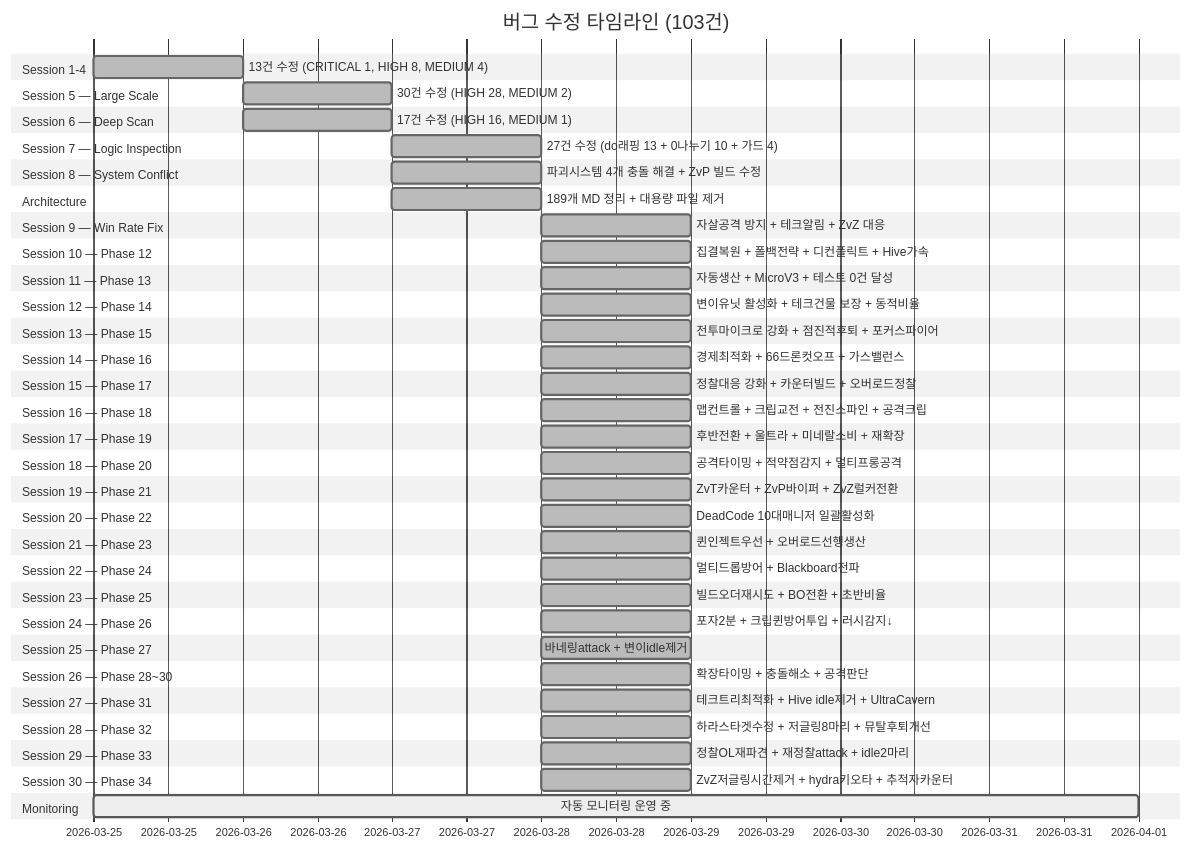
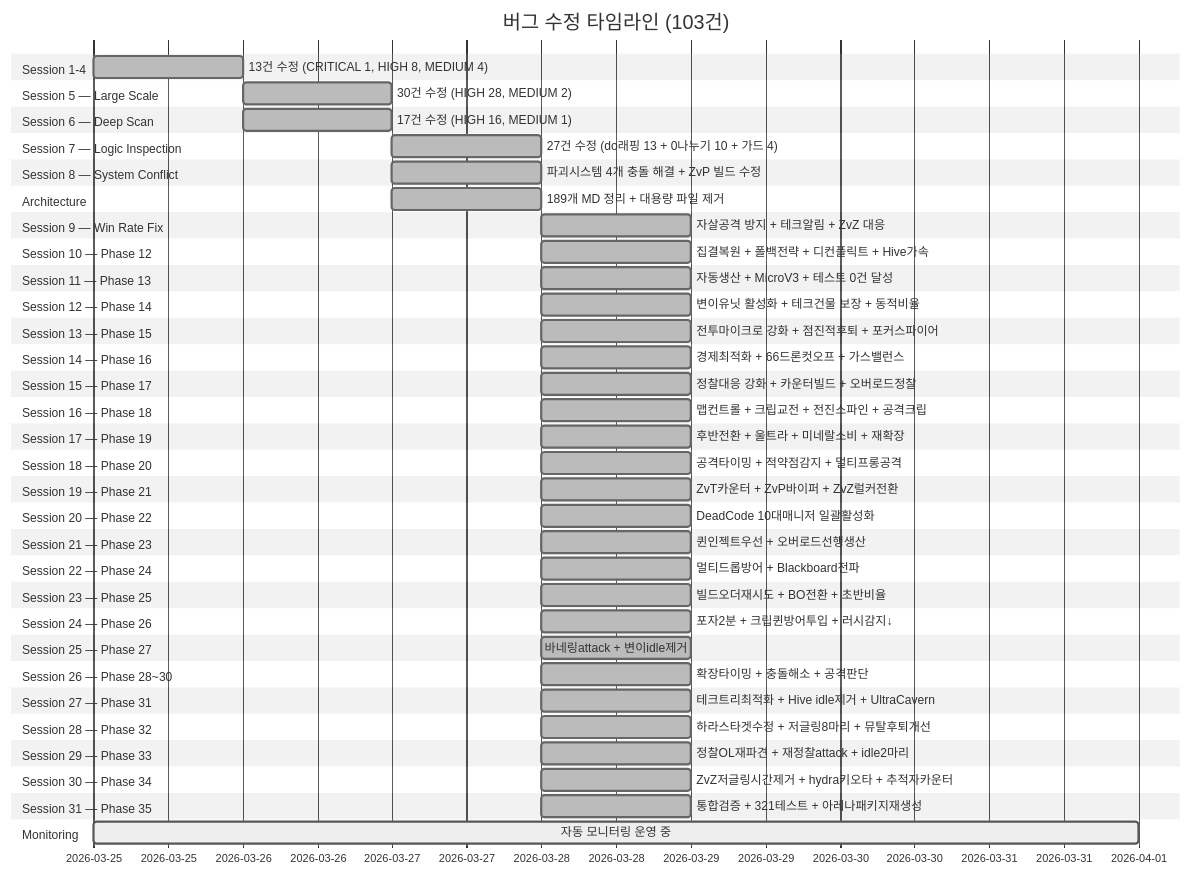
Diagram 23 of 31 in README.md (sun475300-sudo/Swarm-control-in-sc2bot), drawn with Mermaid (neutral theme) before and after one commit. The commit also changed other lines of this file and 1 other file, not shown here.

Commit message:
feat: Phase 35 통합검증 + 아레나패키지재생성 — 321 tests pass, ZIP 491files/15.2MB

````diff
--- a/README.md
+++ b/README.md
@@ -633,63 +633,65 @@
 ```mermaid
 gantt
     title 버그 수정 타임라인 (103건)
     dateFormat YYYY-MM-DD
     section Session 1-4
         13건 수정 (CRITICAL 1, HIGH 8, MEDIUM 4)   :done, s1, 2026-03-25, 1d
     section Session 5 — Large Scale
         30건 수정 (HIGH 28, MEDIUM 2)              :done, s5, 2026-03-26, 1d
     section Session 6 — Deep Scan
         17건 수정 (HIGH 16, MEDIUM 1)              :done, s6, 2026-03-26, 1d
     section Session 7 — Logic Inspection
         27건 수정 (do래핑 13 + 0나누기 10 + 가드 4) :done, s7, 2026-03-27, 1d
     section Session 8 — System Conflict
         파괴시스템 4개 충돌 해결 + ZvP 빌드 수정    :done, s8, 2026-03-27, 1d
     section Architecture
         189개 MD 정리 + 대용량 파일 제거            :done, s9, 2026-03-27, 1d
     section Session 9 — Win Rate Fix
         자살공격 방지 + 테크알림 + ZvZ 대응         :done, s10, 2026-03-28, 1d
     section Session 10 — Phase 12
         집결복원 + 폴백전략 + 디컨플릭트 + Hive가속 :done, s11, 2026-03-28, 1d
     section Session 11 — Phase 13
         자동생산 + MicroV3 + 테스트 0건 달성       :done, s12, 2026-03-28, 1d
     section Session 12 — Phase 14
         변이유닛 활성화 + 테크건물 보장 + 동적비율  :done, s13, 2026-03-28, 1d
     section Session 13 — Phase 15
         전투마이크로 강화 + 점진적후퇴 + 포커스파이어 :done, s14, 2026-03-28, 1d
     section Session 14 — Phase 16
         경제최적화 + 66드론컷오프 + 가스밸런스     :done, s15, 2026-03-28, 1d
     section Session 15 — Phase 17
         정찰대응 강화 + 카운터빌드 + 오버로드정찰   :done, s16, 2026-03-28, 1d
     section Session 16 — Phase 18
         맵컨트롤 + 크립교전 + 전진스파인 + 공격크립 :done, s17, 2026-03-28, 1d
     section Session 17 — Phase 19
         후반전환 + 울트라 + 미네랄소비 + 재확장    :done, s18, 2026-03-28, 1d
     section Session 18 — Phase 20
         공격타이밍 + 적약점감지 + 멀티프롱공격     :done, s19, 2026-03-28, 1d
     section Session 19 — Phase 21
         ZvT카운터 + ZvP바이퍼 + ZvZ럴커전환      :done, s20, 2026-03-28, 1d
     section Session 20 — Phase 22
         DeadCode 10대매니저 일괄활성화            :done, s21, 2026-03-28, 1d
     section Session 21 — Phase 23
         퀸인젝트우선 + 오버로드선행생산          :done, s22, 2026-03-28, 1d
     section Session 22 — Phase 24
         멀티드롭방어 + Blackboard전파           :done, s23, 2026-03-28, 1d
     section Session 23 — Phase 25
         빌드오더재시도 + BO전환 + 초반비율     :done, s24, 2026-03-28, 1d
     section Session 24 — Phase 26
         포자2분 + 크립퀸방어투입 + 러시감지↓  :done, s25, 2026-03-28, 1d
     section Session 25 — Phase 27
         바네링attack + 변이idle제거         :done, s26, 2026-03-28, 1d
     section Session 26 — Phase 28~30
         확장타이밍 + 충돌해소 + 공격판단   :done, s27, 2026-03-28, 1d
     section Session 27 — Phase 31
         테크트리최적화 + Hive idle제거 + UltraCavern :done, s28, 2026-03-28, 1d
     section Session 28 — Phase 32
         하라스타겟수정 + 저글링8마리 + 뮤탈후퇴개선  :done, s29, 2026-03-28, 1d
     section Session 29 — Phase 33
         정찰OL재파견 + 재정찰attack + idle2마리    :done, s30, 2026-03-28, 1d
     section Session 30 — Phase 34
         ZvZ저글링시간제거 + hydra키오타 + 추적자카운터 :done, s31, 2026-03-28, 1d
+    section Session 31 — Phase 35
+        통합검증 + 321테스트 + 아레나패키지재생성   :done, s32, 2026-03-28, 1d
     section Monitoring
         자동 모니터링 운영 중                        :active, mon, 2026-03-25, 7d
 ```
````
